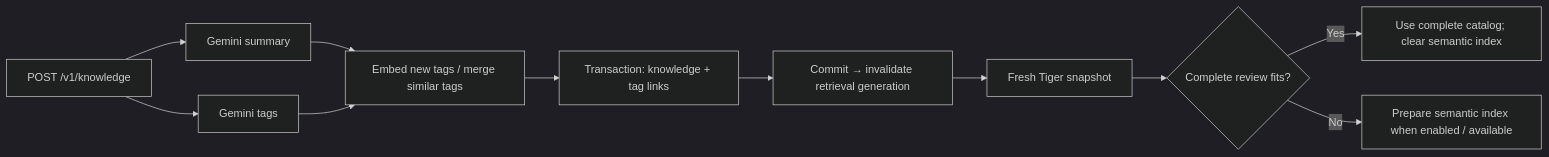
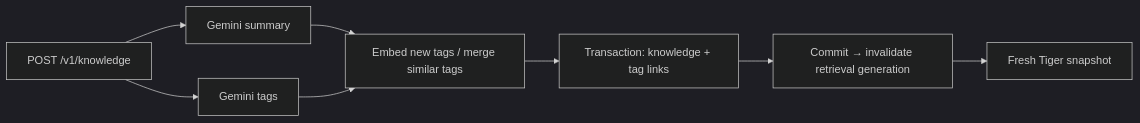
One commit to Mattlo0546/Agentcomplete changed the second of 3 diagrams in docs/architecture.md. Above: the diagram before and after it, drawn with Mermaid (dark theme). The commit also changed other lines of this file and 38 other files, not shown here.

````diff
--- a/docs/architecture.md
+++ b/docs/architecture.md
@@ -174,13 +165,10 @@
 ```mermaid
 flowchart LR
     A["POST /v1/knowledge"] --> S["Gemini summary"]
     A --> T["Gemini tags"]
     S --> E["Embed new tags / merge similar tags"]
     T --> E
     E --> D["Transaction: knowledge + tag links"]
     D --> I["Commit → invalidate retrieval generation"]
     I --> C["Fresh Tiger snapshot"]
-    C --> R{"Complete review fits?"}
-    R -->|Yes| F["Use complete catalog; clear semantic index"]
-    R -->|No| V["Prepare semantic index when enabled / available"]
 ```
````
